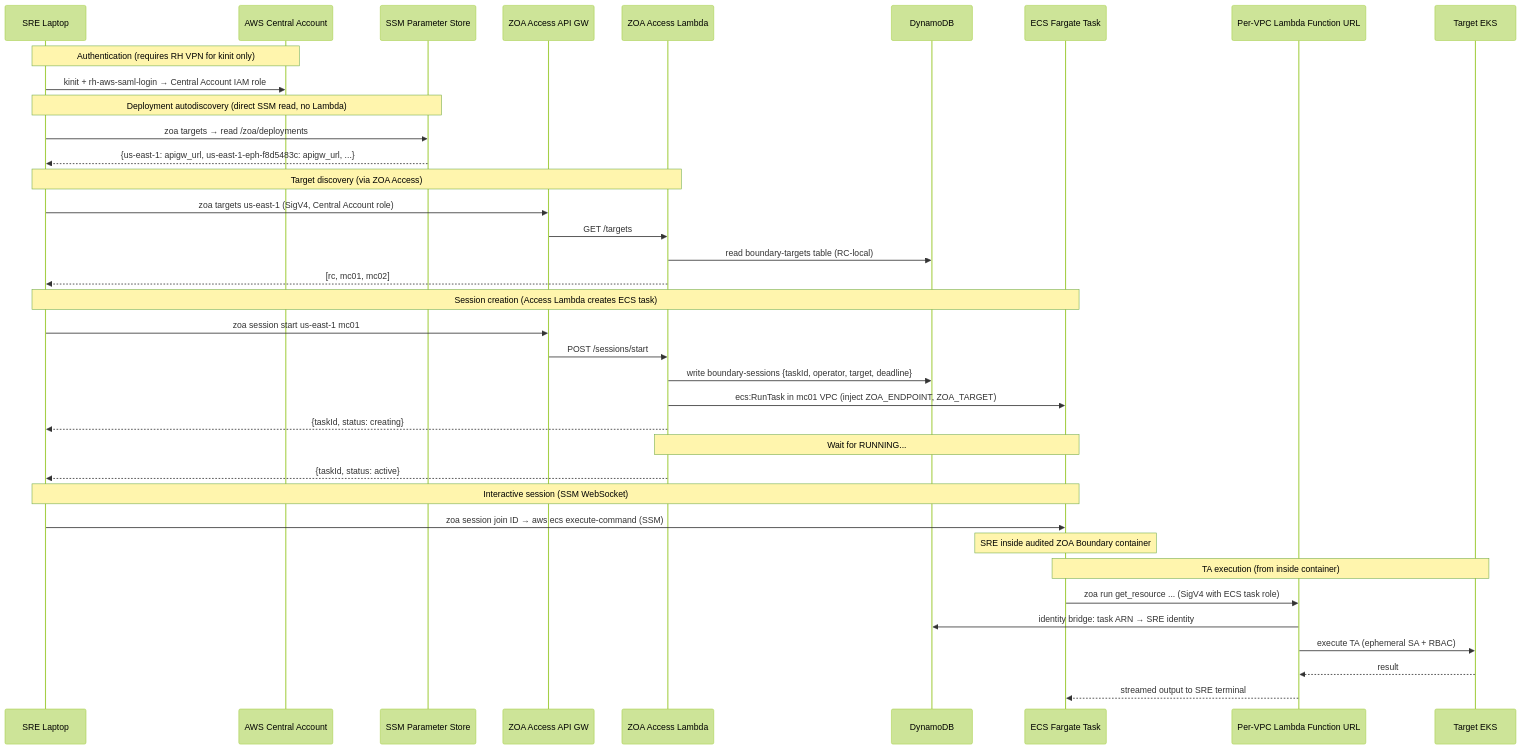
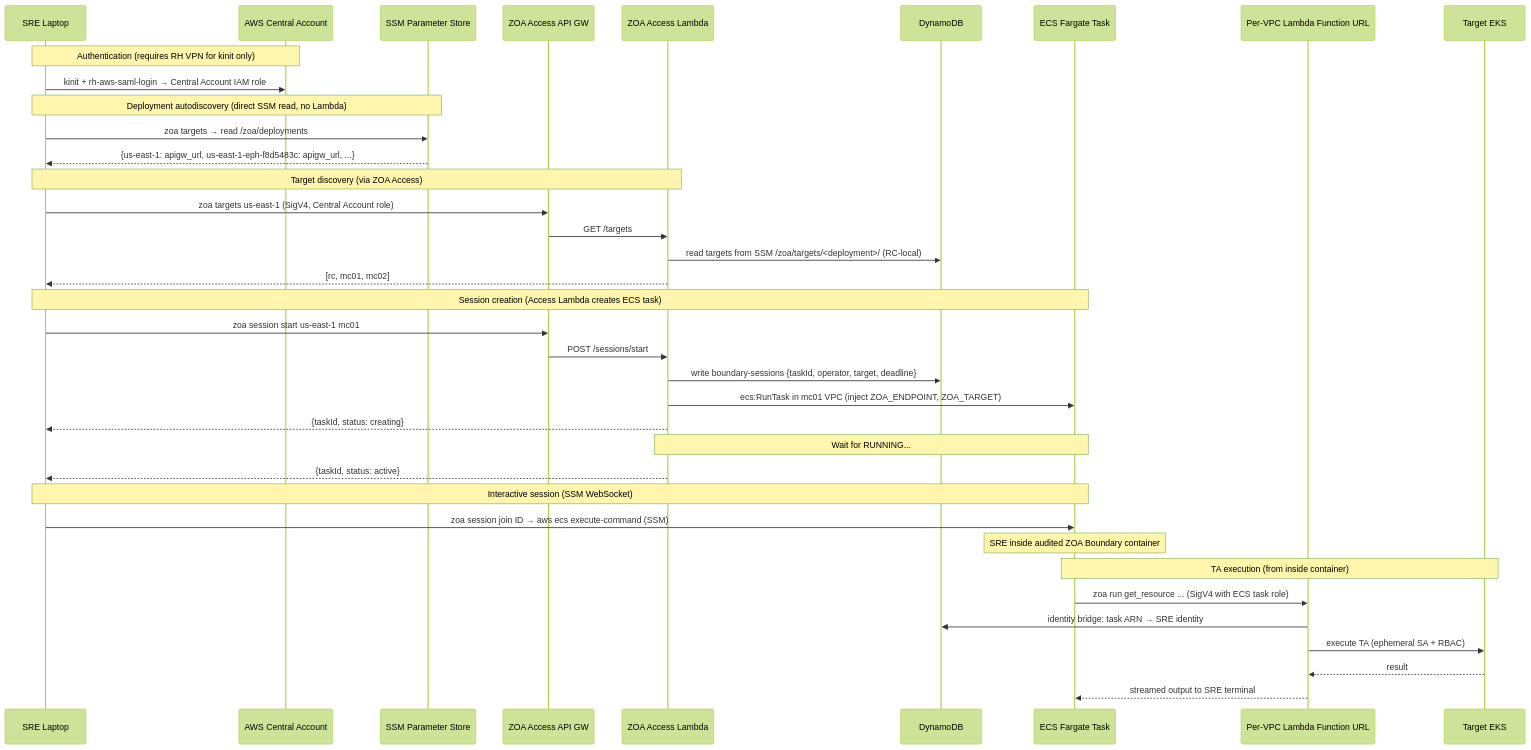
The first of 7 diagrams in docs/design/zoa-boundary-epic-plan.md (slopezz/rosa-hyperfleet-zoa), drawn with Mermaid (forest theme) before and after one commit. The commit also changed other lines of this file, not shown here.

First line of the commit message:
docs: add security architecture and break-glass design to epic plan

````diff
--- a/docs/design/zoa-boundary-epic-plan.md
+++ b/docs/design/zoa-boundary-epic-plan.md
@@ -25,45 +25,45 @@
 ```mermaid
 sequenceDiagram
     participant SRE as SRE Laptop
     participant JA as AWS Central Account
     participant PS as SSM Parameter Store
     participant AGW as ZOA Access API GW
     participant AL as ZOA Access Lambda
     participant DDB as DynamoDB
     participant ECS as ECS Fargate Task
     participant FU as Per-VPC Lambda Function URL
     participant EKS as Target EKS
 
     Note over SRE,JA: Authentication (requires RH VPN for kinit only)
     SRE->>JA: kinit + rh-aws-saml-login → Central Account IAM role
 
     Note over SRE,PS: Deployment autodiscovery (direct SSM read, no Lambda)
     SRE->>PS: zoa targets → read /zoa/deployments
     PS-->>SRE: {us-east-1: apigw_url, us-east-1-eph-f8d5483c: apigw_url, ...}
 
     Note over SRE,AL: Target discovery (via ZOA Access)
     SRE->>AGW: zoa targets us-east-1 (SigV4, Central Account role)
     AGW->>AL: GET /targets
-    AL->>DDB: read boundary-targets table (RC-local)
+    AL->>DDB: read targets from SSM /zoa/targets/<deployment>/ (RC-local)
     AL-->>SRE: [rc, mc01, mc02]
 
     Note over SRE,ECS: Session creation (Access Lambda creates ECS task)
     SRE->>AGW: zoa session start us-east-1 mc01
     AGW->>AL: POST /sessions/start
     AL->>DDB: write boundary-sessions {taskId, operator, target, deadline}
     AL->>ECS: ecs:RunTask in mc01 VPC (inject ZOA_ENDPOINT, ZOA_TARGET)
     AL-->>SRE: {taskId, status: creating}
     Note over AL,ECS: Wait for RUNNING...
     AL-->>SRE: {taskId, status: active}
 
     Note over SRE,ECS: Interactive session (SSM WebSocket)
     SRE->>ECS: zoa session join ID → aws ecs execute-command (SSM)
     Note over ECS: SRE inside audited ZOA Boundary container
 
     Note over ECS,EKS: TA execution (from inside container)
     ECS->>FU: zoa run get_resource ... (SigV4 with ECS task role)
     FU->>DDB: identity bridge: task ARN → SRE identity
     FU->>EKS: execute TA (ephemeral SA + RBAC)
     EKS-->>FU: result
     FU-->>ECS: streamed output to SRE terminal
 ```
````
